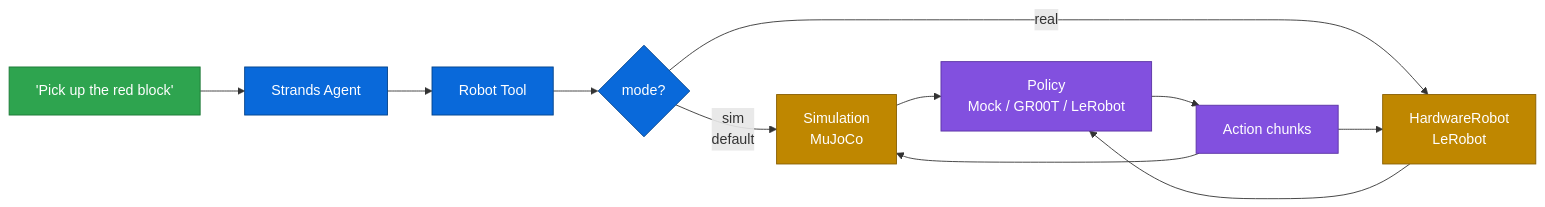
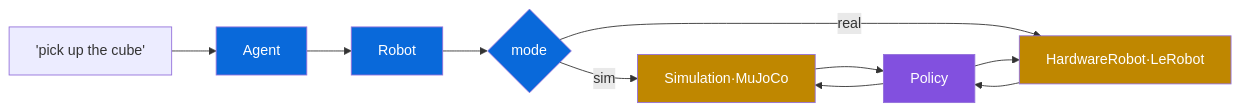
One commit to cagataycali/robots changed the diagram in docs/index.md. Above: the diagram before and after it, drawn with Mermaid. The commit also changed other lines of this file and 33 other files, not shown here.

````diff
--- a/docs/index.md
+++ b/docs/index.md
@@ -94,23 +21,14 @@
 ```mermaid
 graph LR
-    A["'Pick up the red block'"] --> B[Strands Agent]
-    B --> C[Robot Tool]
-    C --> D{mode?}
-    D -->|sim<br/>default| E[Simulation<br/>MuJoCo]
-    D -->|real| F[HardwareRobot<br/>LeRobot]
-    E --> G[Policy<br/>Mock / GR00T / LeRobot]
-    F --> G
-    G --> H[Action chunks]
-    H --> E
-    H --> F
-
-    classDef in fill:#2ea44f,stroke:#1b7735,color:#fff
-    classDef agent fill:#0969da,stroke:#044289,color:#fff
-    classDef policy fill:#8250df,stroke:#5a32a3,color:#fff
-    classDef hw fill:#bf8700,stroke:#875e00,color:#fff
-
-    class A in
-    class B,C,D agent
-    class E,F hw
-    class G,H policy
+    A["'pick up the cube'"] --> B[Agent] --> C[Robot] --> D{mode}
+    D -->|sim| E[Simulation·MuJoCo]
+    D -->|real| F[HardwareRobot·LeRobot]
+    E --> G[Policy] --> E
+    F --> G --> F
+    classDef a fill:#0969da,color:#fff
+    classDef h fill:#bf8700,color:#fff
+    classDef p fill:#8250df,color:#fff
+    class B,C,D a
+    class E,F h
+    class G p
 ```
````
